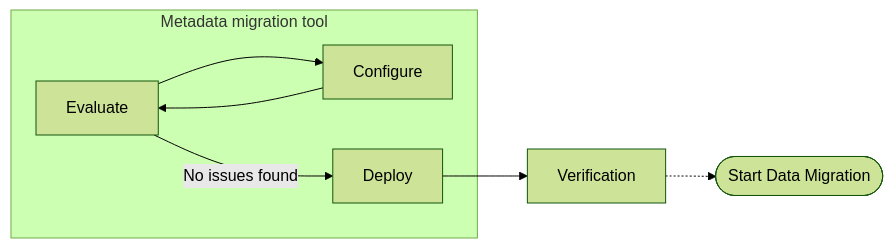
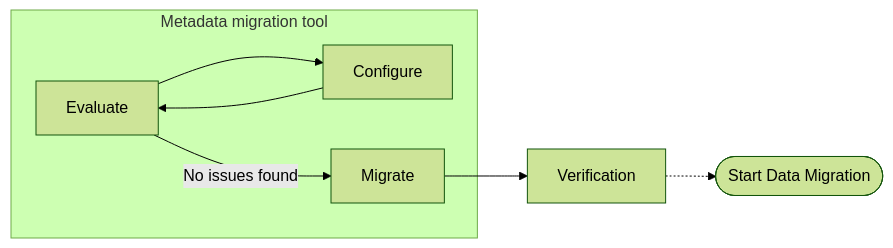
The diagram in MetadataMigration/README.md (opensearch-project/opensearch-migrations), drawn with Mermaid (forest theme) before and after one commit. The commit also changed other lines of this file and 5 other files, not shown here.

Commit message:
Fix some spelling errors and deploy->migrate

````diff
--- a/MetadataMigration/README.md
+++ b/MetadataMigration/README.md
@@ -14,10 +14,10 @@
 ```mermaid
 graph LR
    subgraph "Metadata migration tool"
       A[Evaluate] --> B[Configure]
       B --> A
-      A --> |No issues found| D[Deploy]
+      A --> |No issues found| D[Migrate]
     end
     D --> E[Verification]
     E -.-> F([Start Data Migration])
 ```
````
